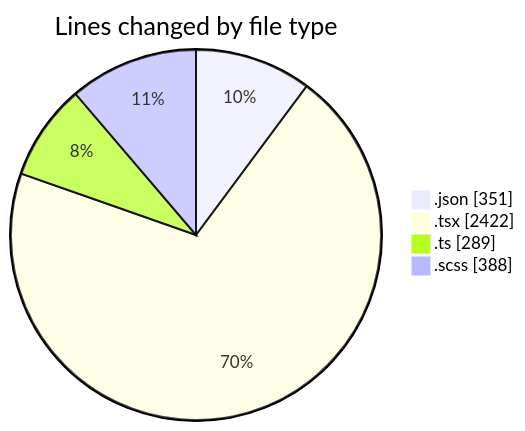
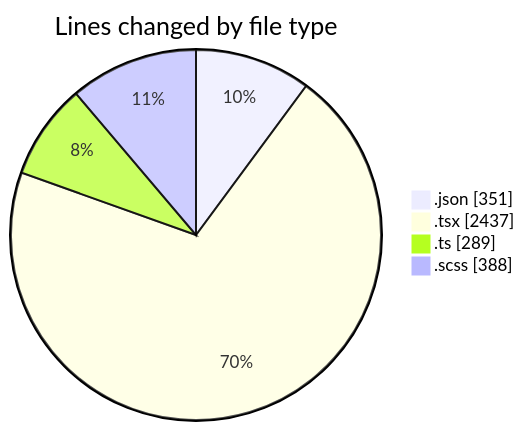
The first of 2 diagrams in 2026-04-22/cda/README.md (momahboobian/code-tracking), drawn with Mermaid before and after one commit. The commit also changed other lines of this file and 1 other file, not shown here.

````diff
--- a/2026-04-22/cda/README.md
+++ b/2026-04-22/cda/README.md
@@ -46,8 +46,8 @@
 ```mermaid
 pie showData
 title Lines changed by file type
 ".json" : 351
-".tsx" : 2422
+".tsx" : 2437
 ".ts" : 289
 ".scss" : 388
 ```
````
